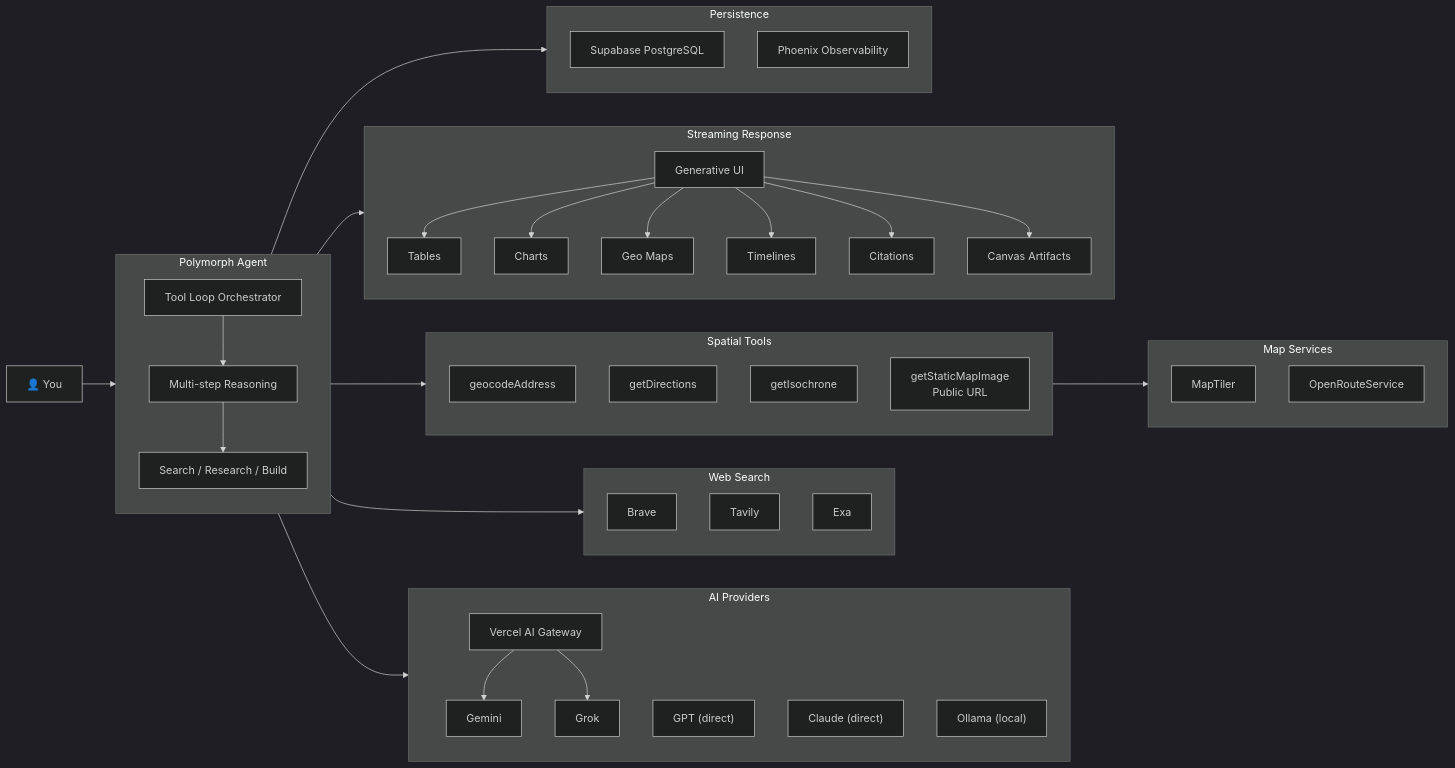
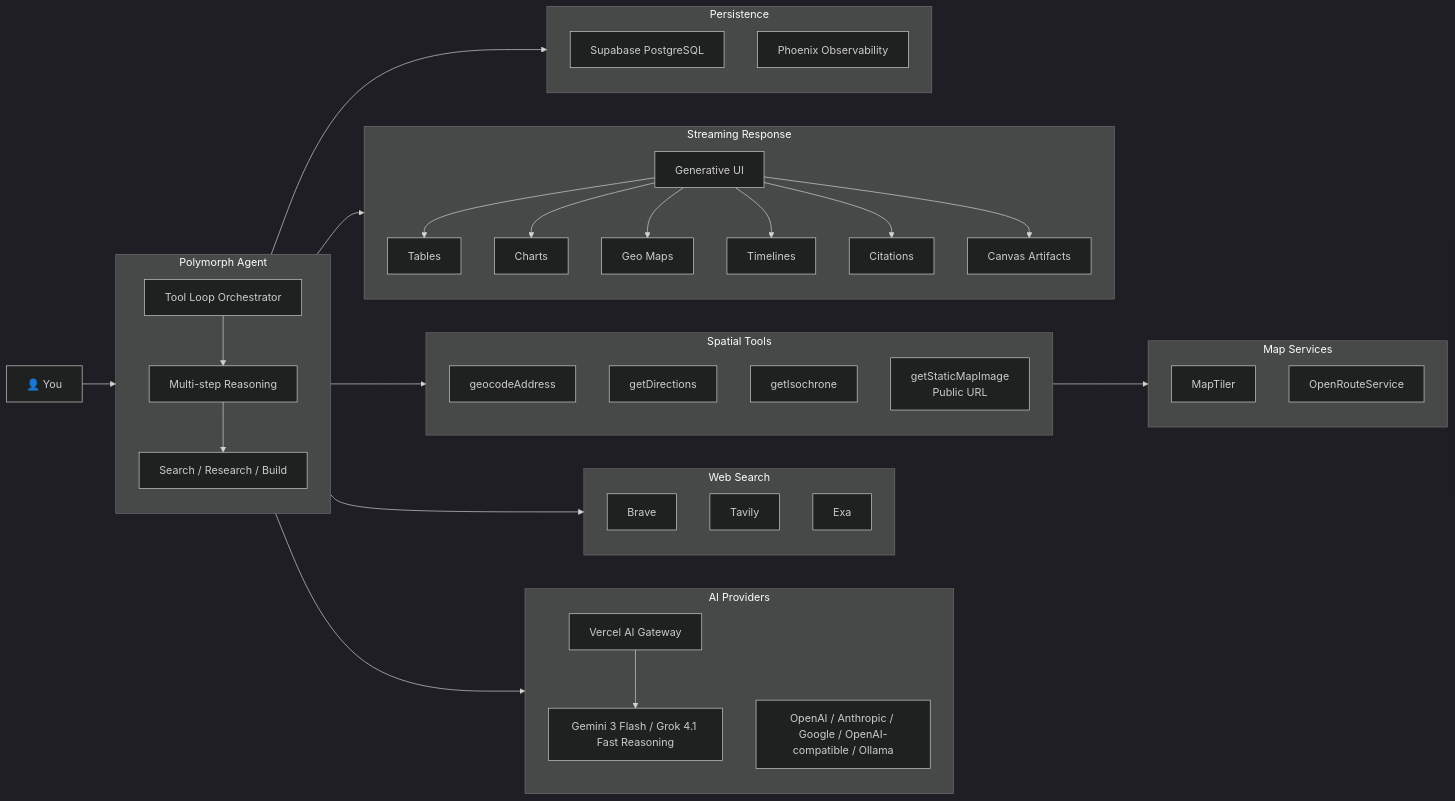
The diagram in README.md (NickB03/polymorph), drawn with Mermaid (dark theme) before and after one commit. The commit also changed other lines of this file and 23 other files, not shown here.

````diff
--- a/README.md
+++ b/README.md
@@ -30,66 +30,63 @@
 ```mermaid
 graph LR
     User["👤 You"]
 
     subgraph Agent["Polymorph Agent"]
         direction TB
         Orchestrator["Tool Loop Orchestrator"]
         Reasoning["Multi-step Reasoning"]
         Modes["Search / Research / Build"]
         Orchestrator --> Reasoning --> Modes
     end
 
     subgraph Providers["AI Providers"]
         direction TB
         Gateway["Vercel AI Gateway"]
-        Gemini["Gemini"]
-        Grok["Grok"]
-        Gateway --> Gemini & Grok
-        GPT["GPT (direct)"]
-        Claude["Claude (direct)"]
-        Ollama["Ollama (local)"]
+        GatewayModels["Gemini 3 Flash / Grok 4.1 Fast Reasoning"]
+        Direct["OpenAI / Anthropic / Google / OpenAI-compatible / Ollama"]
+        Gateway --> GatewayModels
     end
 
     subgraph Search["Web Search"]
         Brave["Brave"]
         Tavily["Tavily"]
         Exa["Exa"]
     end
 
     subgraph Geo["Spatial Tools"]
         Geocode["geocodeAddress"]
         Directions["getDirections"]
         Isochrone["getIsochrone"]
         StaticMap["getStaticMapImage<br/>Public URL"]
     end
 
     subgraph MapServices["Map Services"]
         MapTiler["MapTiler"]
         ORS["OpenRouteService"]
     end
 
     subgraph Response["Streaming Response"]
         direction TB
         GenUI["Generative UI"]
         Tables["Tables"]
         Charts["Charts"]
         GeoMaps["Geo Maps"]
         Timelines["Timelines"]
         Citations["Citations"]
         Canvas["Canvas Artifacts"]
         GenUI --> Tables & Charts & GeoMaps & Timelines & Citations & Canvas
     end
 
     subgraph Data["Persistence"]
         Supabase["Supabase PostgreSQL"]
         Phoenix["Phoenix Observability"]
     end
 
     User --> Agent
     Agent --> Providers
     Agent --> Search
     Agent --> Geo
     Geo --> MapServices
     Agent --> Response
     Agent --> Data
 ```
````
